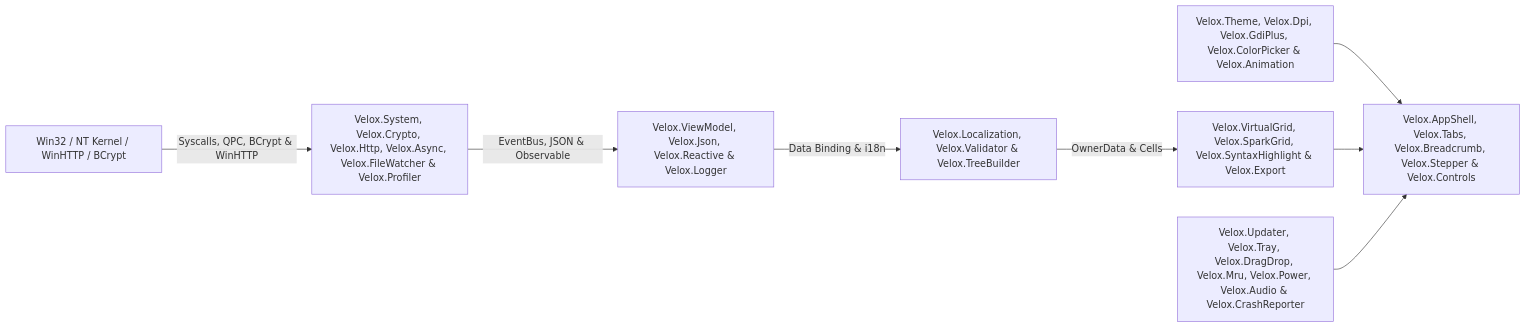
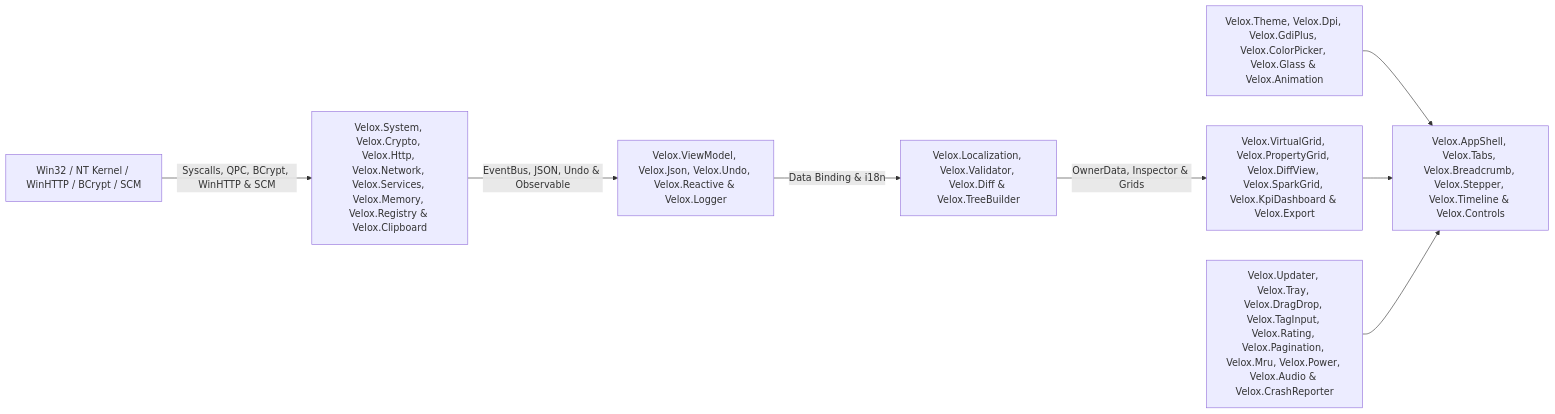
One commit to amafjarkasi/velox-ui changed the first of 2 diagrams in README.md. Above: the diagram before and after it, drawn with Mermaid. The commit also changed other lines of this file and 17 other files, not shown here.

````diff
--- a/README.md
+++ b/README.md
@@ -145,10 +160,10 @@
 ```mermaid
 flowchart LR
-    OS["Win32 / NT Kernel / WinHTTP / BCrypt"] -->|"Syscalls, QPC, BCrypt & WinHTTP"| SYS["Velox.System, Velox.Crypto, Velox.Http, Velox.Async, Velox.FileWatcher & Velox.Profiler"]
-    SYS -->|"EventBus, JSON & Observable<T>"| VM["Velox.ViewModel, Velox.Json, Velox.Reactive & Velox.Logger"]
-    VM -->|"Data Binding & i18n"| BIND["Velox.Localization, Velox.Validator & Velox.TreeBuilder<T>"]
-    BIND -->|"OwnerData & Cells"| GRID["Velox.VirtualGrid<T>, Velox.SparkGrid, Velox.SyntaxHighlight & Velox.Export"]
-    THEME["Velox.Theme, Velox.Dpi, Velox.GdiPlus, Velox.ColorPicker & Velox.Animation"] --> SHELL["Velox.AppShell, Velox.Tabs, Velox.Breadcrumb, Velox.Stepper & Velox.Controls"]
+    OS["Win32 / NT Kernel / WinHTTP / BCrypt / SCM"] -->|"Syscalls, QPC, BCrypt, WinHTTP & SCM"| SYS["Velox.System, Velox.Crypto, Velox.Http, Velox.Network, Velox.Services, Velox.Memory, Velox.Registry & Velox.Clipboard"]
+    SYS -->|"EventBus, JSON, Undo & Observable<T>"| VM["Velox.ViewModel, Velox.Json, Velox.Undo, Velox.Reactive & Velox.Logger"]
+    VM -->|"Data Binding & i18n"| BIND["Velox.Localization, Velox.Validator, Velox.Diff & Velox.TreeBuilder<T>"]
+    BIND -->|"OwnerData, Inspector & Grids"| GRID["Velox.VirtualGrid<T>, Velox.PropertyGrid, Velox.DiffView, Velox.SparkGrid, Velox.KpiDashboard & Velox.Export"]
+    THEME["Velox.Theme, Velox.Dpi, Velox.GdiPlus, Velox.ColorPicker, Velox.Glass & Velox.Animation"] --> SHELL["Velox.AppShell, Velox.Tabs, Velox.Breadcrumb, Velox.Stepper, Velox.Timeline & Velox.Controls"]
     GRID --> SHELL
-    EXT["Velox.Updater, Velox.Tray, Velox.DragDrop, Velox.Mru, Velox.Power, Velox.Audio & Velox.CrashReporter"] --> SHELL
+    EXT["Velox.Updater, Velox.Tray, Velox.DragDrop, Velox.TagInput, Velox.Rating, Velox.Pagination, Velox.Mru, Velox.Power, Velox.Audio & Velox.CrashReporter"] --> SHELL
 ```
````
